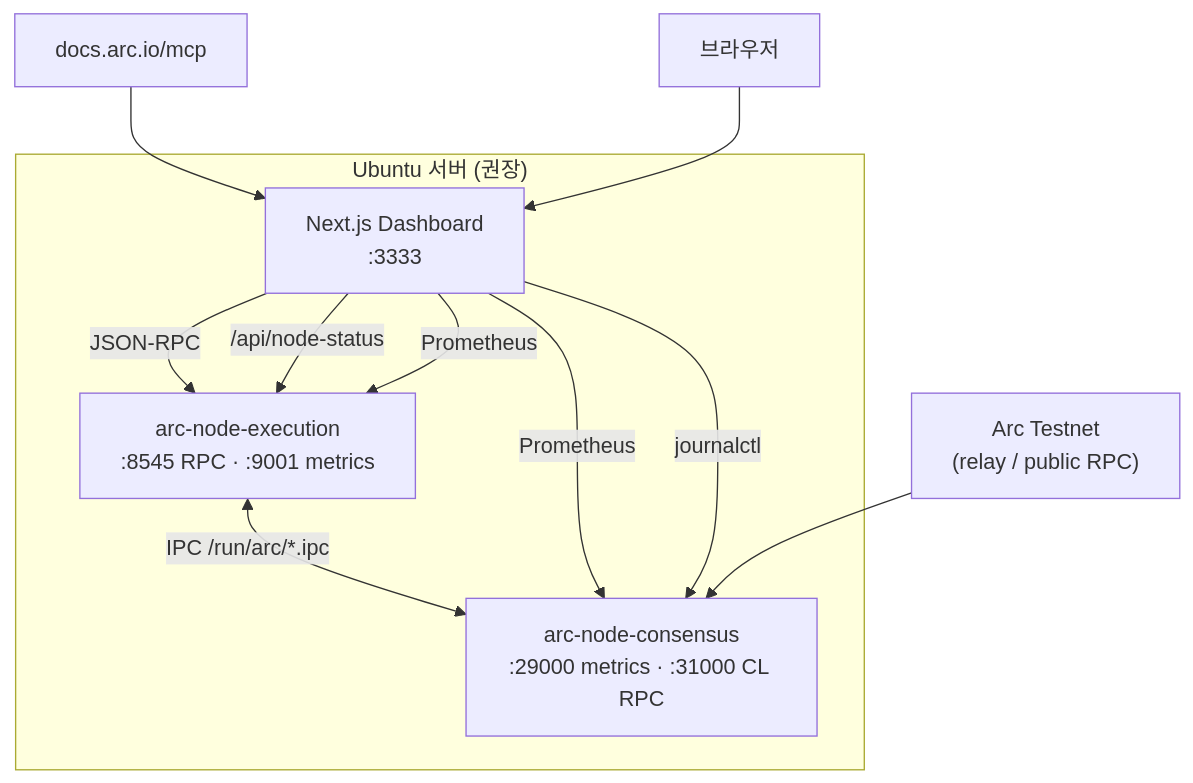
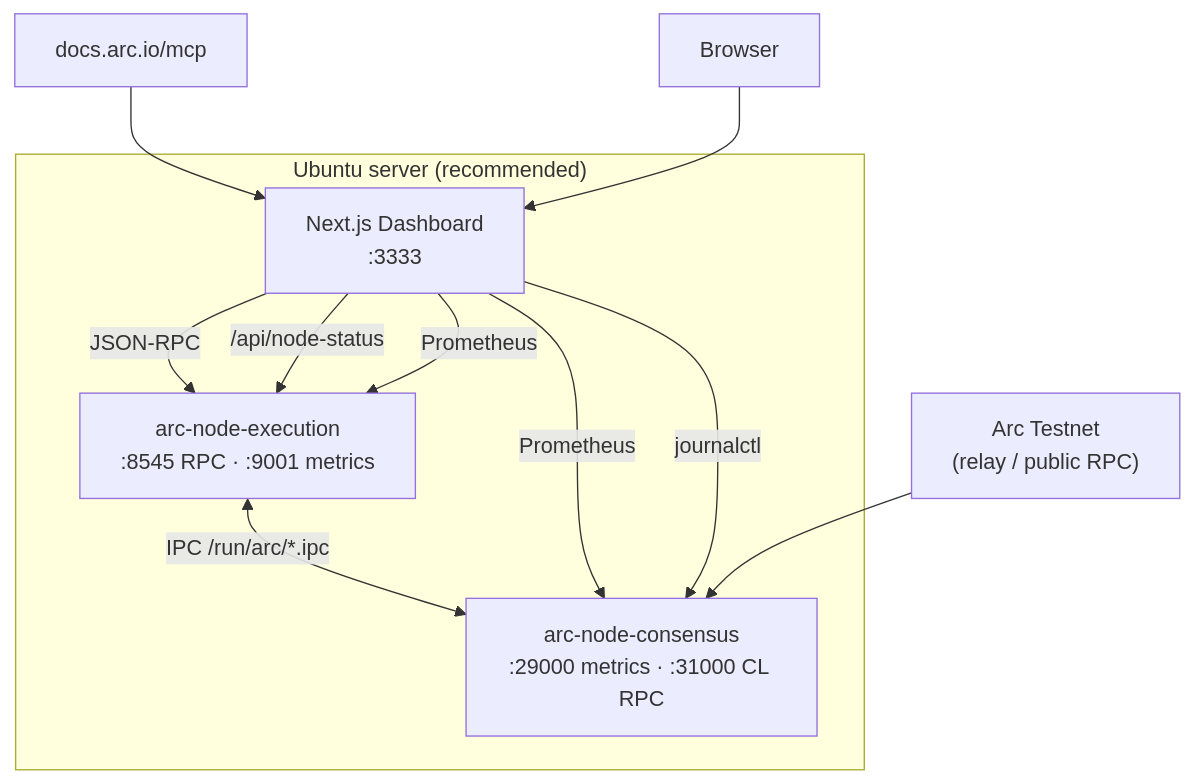
Before and after one commit to mystar777/arc-node-runner-dashboard-repository: the diagram in README.md, drawn with Mermaid. The commit also changed other lines of this file and 5 other files, not shown here.

````diff
--- a/README.md
+++ b/README.md
@@ -28,17 +30,17 @@
 ```mermaid
 flowchart TB
-  subgraph Ubuntu["Ubuntu 서버 (권장)"]
+  subgraph Ubuntu["Ubuntu server (recommended)"]
     EL["arc-node-execution\n:8545 RPC · :9001 metrics"]
     CL["arc-node-consensus\n:29000 metrics · :31000 CL RPC"]
     EL <-->|IPC /run/arc/*.ipc| CL
     DASH["Next.js Dashboard\n:3333"]
     DASH -->|JSON-RPC| EL
     DASH -->|/api/node-status| EL
     DASH -->|Prometheus| EL
     DASH -->|Prometheus| CL
     DASH -->|journalctl| CL
   end
   NET["Arc Testnet\n(relay / public RPC)"] --> CL
   MCP["docs.arc.io/mcp"] --> DASH
-  USER["브라우저"] --> DASH
+  USER["Browser"] --> DASH
 ```
````
